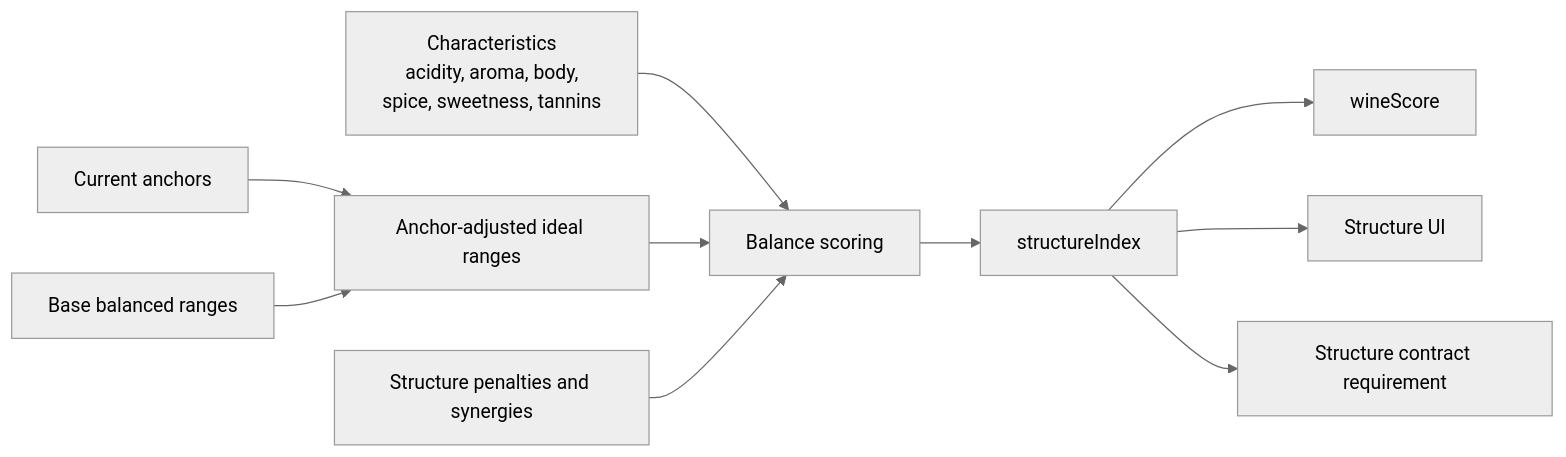
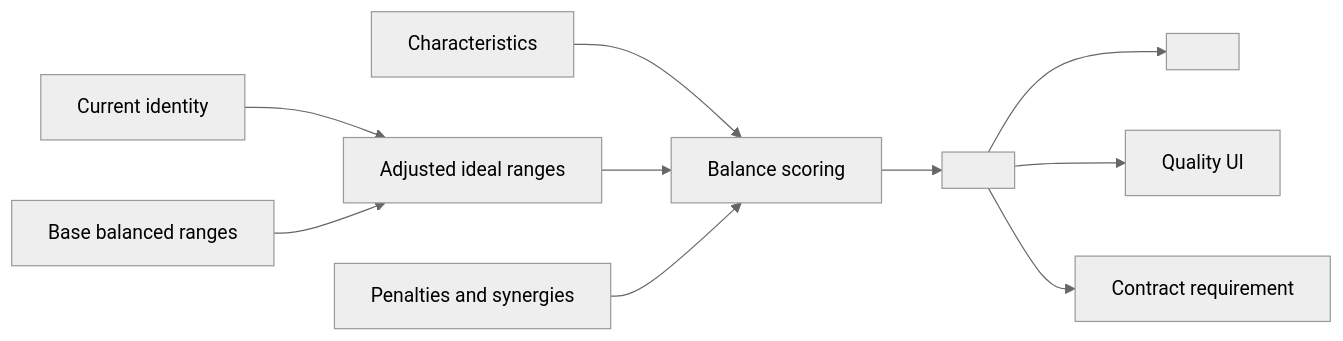
Before and after one commit to gram12321/protoproduction: the fourth of 10 diagrams in docs/VariableRelationshipMap.md, drawn with Mermaid (neutral theme). The commit also changed other lines of this file and 15 other files, not shown here.

````diff
--- a/docs/VariableRelationshipMap.md
+++ b/docs/VariableRelationshipMap.md
@@ -121,12 +129,12 @@
 ```mermaid
 flowchart LR
-  A["Current anchors"] --> R["Anchor-adjusted ideal ranges"]
+  A["Current identity"] --> R["Adjusted ideal ranges"]
   BC["Base balanced ranges"] --> R
-  CH["Characteristics\nacidity, aroma, body,\nspice, sweetness, tannins"] --> BAL["Balance scoring"]
+  CH["Characteristics\n<channel1..n>"] --> BAL["Balance scoring"]
   R --> BAL
-  RULES["Structure penalties and synergies"] --> BAL
-  BAL --> SI["structureIndex"]
-  SI --> WS["wineScore"]
-  SI --> UI["Structure UI"]
-  SI --> CR["Structure contract requirement"]
+  RULES["Penalties and synergies"] --> BAL
+  BAL --> QI["<qualityIndexA>"]
+  QI --> SC["<aggregateScore>"]
+  QI --> UI["Quality UI"]
+  QI --> CR["Contract requirement"]
 ```
````
